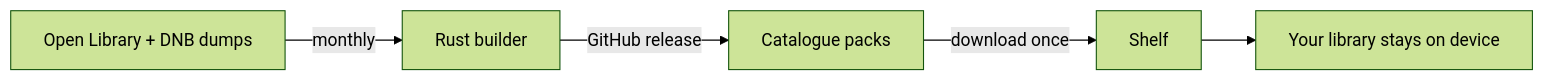
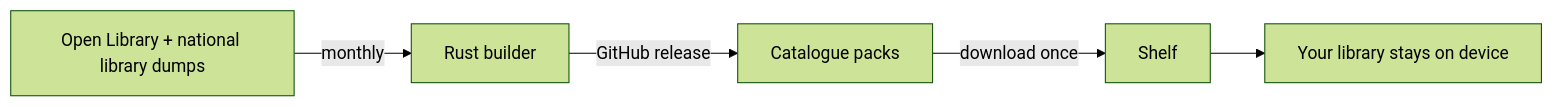
Before and after one commit to tn3w/Shelf: the diagram in README.md, drawn with Mermaid (forest theme). The commit also changed other lines of this file and 66 other files, not shown here.

````diff
--- a/README.md
+++ b/README.md
@@ -48,7 +48,7 @@
 ```mermaid
 flowchart LR
-    A[Open Library + DNB dumps] -->|monthly| B[Rust builder]
+    A[Open Library + national library dumps] -->|monthly| B[Rust builder]
     B -->|GitHub release| C[Catalogue packs]
     C -->|download once| D[Shelf]
     D --> E[Your library stays on device]
 ```
````
